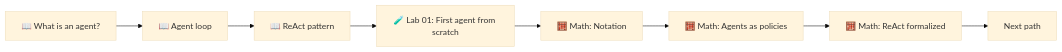
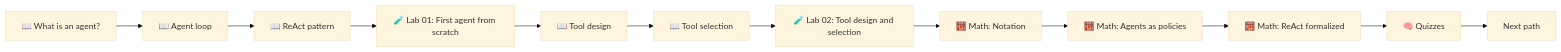
One commit to MHHamdan/Agentic-AI-Engineer changed the diagram in learning-paths/01-foundations/README.md. Above: the diagram before and after it, drawn with Mermaid (base theme). The commit also changed other lines of this file and 13 other files, not shown here.

Commit message:
content: add tool design Lab 02 and foundations quizzes

````diff
--- a/learning-paths/01-foundations/README.md
+++ b/learning-paths/01-foundations/README.md
@@ -29,10 +30,14 @@
 ```mermaid
 flowchart LR
     A[📖 What is an agent?] --> B[📖 Agent loop]
     B --> C[📖 ReAct pattern]
     C --> D[🧪 Lab 01: First agent from scratch]
-    D --> E[🧮 Math: Notation]
-    E --> F[🧮 Math: Agents as policies]
-    F --> G[🧮 Math: ReAct formalized]
-    G --> H[Next path]
+    D --> T1[📖 Tool design]
+    T1 --> T2[📖 Tool selection]
+    T2 --> E[🧪 Lab 02: Tool design and selection]
+    E --> M1[🧮 Math: Notation]
+    M1 --> M2[🧮 Math: Agents as policies]
+    M2 --> M3[🧮 Math: ReAct formalized]
+    M3 --> Q[🧠 Quizzes]
+    Q --> H[Next path]
 ```
````
